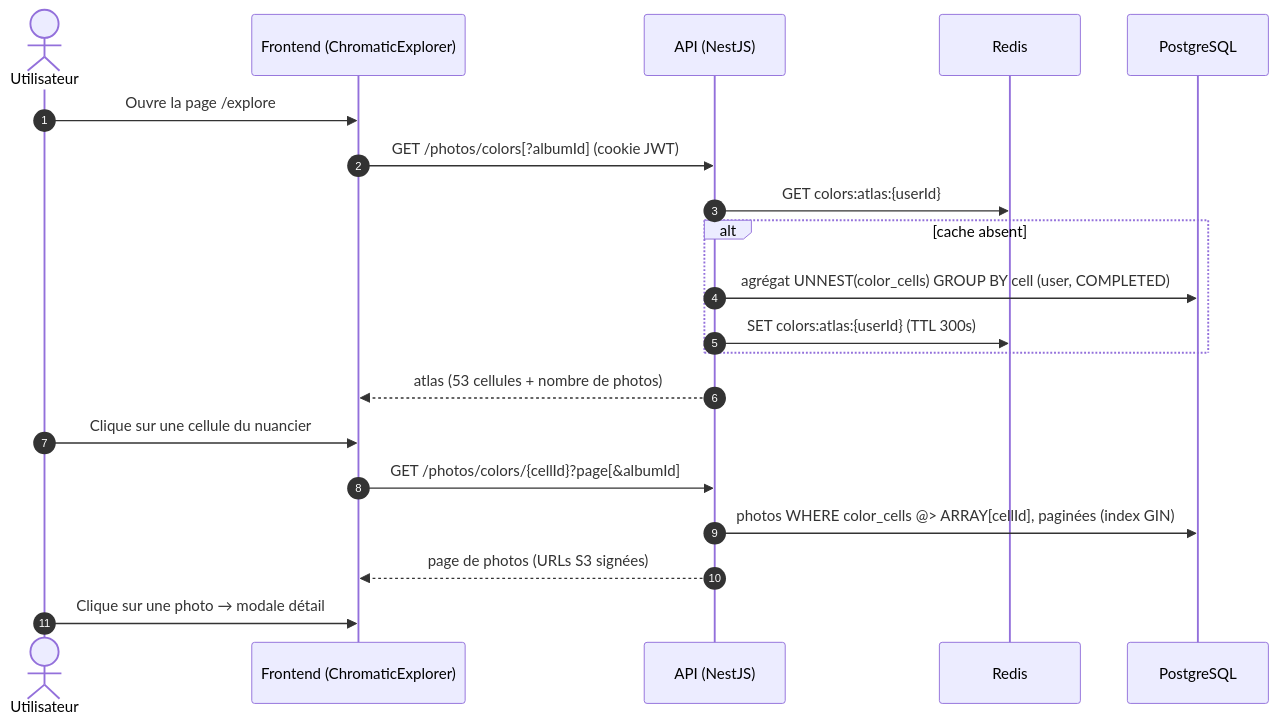
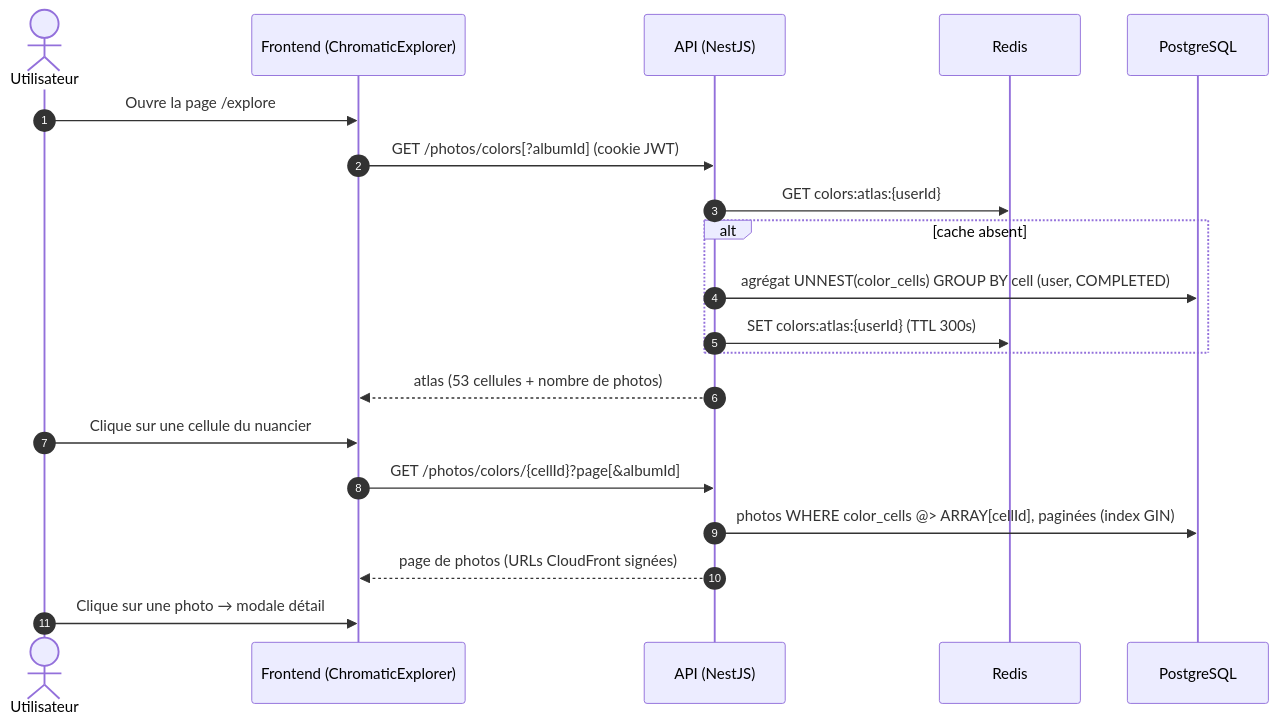
One commit to TonyMascate/fil_rouge_plateforme changed the third of 4 diagrams in docs/diagramme-de-flux.md. Above: the diagram before and after it, drawn with Mermaid. The commit also changed other lines of this file and 7 other files, not shown here.

````diff
--- a/docs/diagramme-de-flux.md
+++ b/docs/diagramme-de-flux.md
@@ -115,24 +115,24 @@
 ```mermaid
 sequenceDiagram
     autonumber
     actor U as Utilisateur
     participant F as Frontend (ChromaticExplorer)
     participant A as API (NestJS)
     participant R as Redis
     participant DB as PostgreSQL
 
     U->>F: Ouvre la page /explore
     F->>A: GET /photos/colors[?albumId] (cookie JWT)
     A->>R: GET colors:atlas:{userId}
     alt cache absent
         A->>DB: agrégat UNNEST(color_cells) GROUP BY cell (user, COMPLETED)
         A->>R: SET colors:atlas:{userId} (TTL 300s)
     end
     A-->>F: atlas (53 cellules + nombre de photos)
 
     U->>F: Clique sur une cellule du nuancier
     F->>A: GET /photos/colors/{cellId}?page[&albumId]
     A->>DB: photos WHERE color_cells @> ARRAY[cellId], paginées (index GIN)
-    A-->>F: page de photos (URLs S3 signées)
+    A-->>F: page de photos (URLs CloudFront signées)
     U->>F: Clique sur une photo → modale détail
 ```
````
